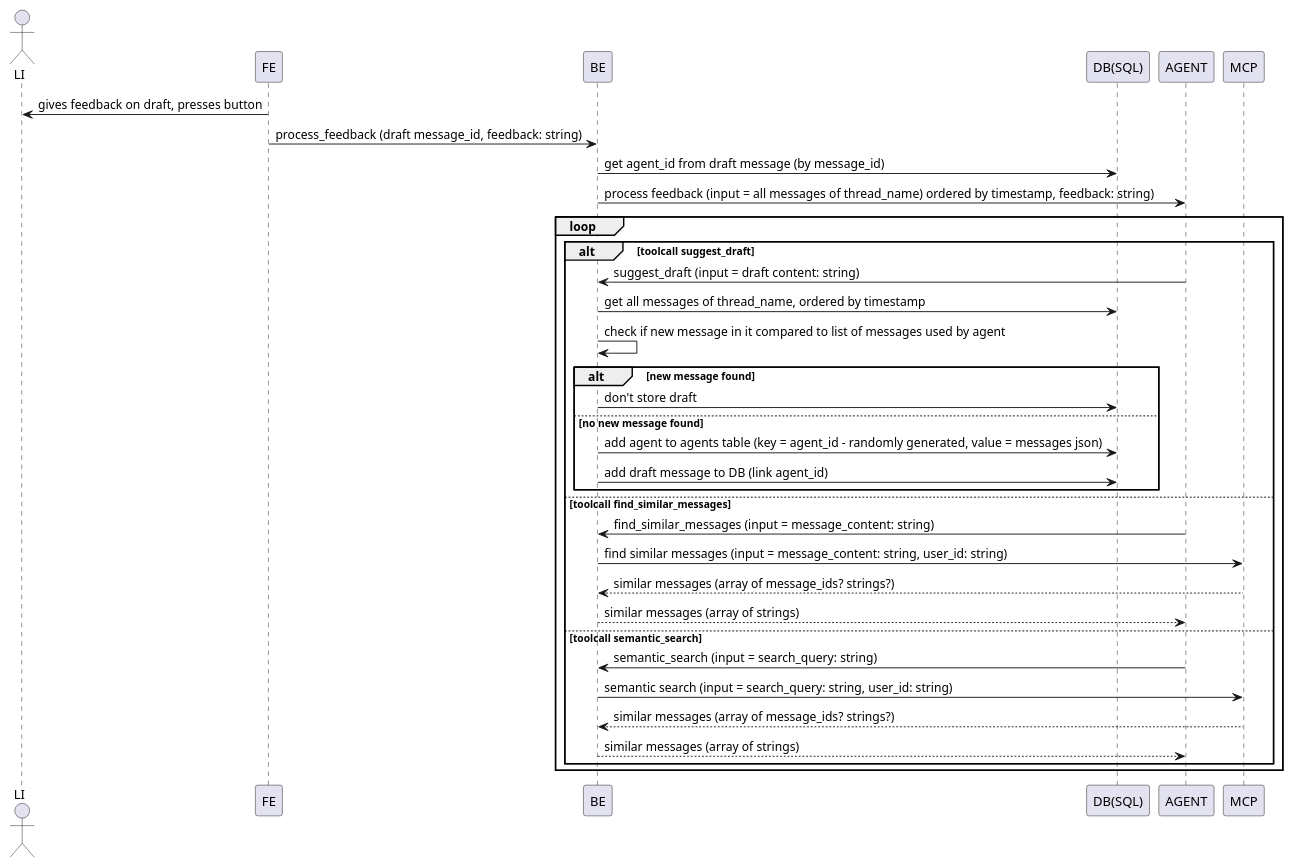
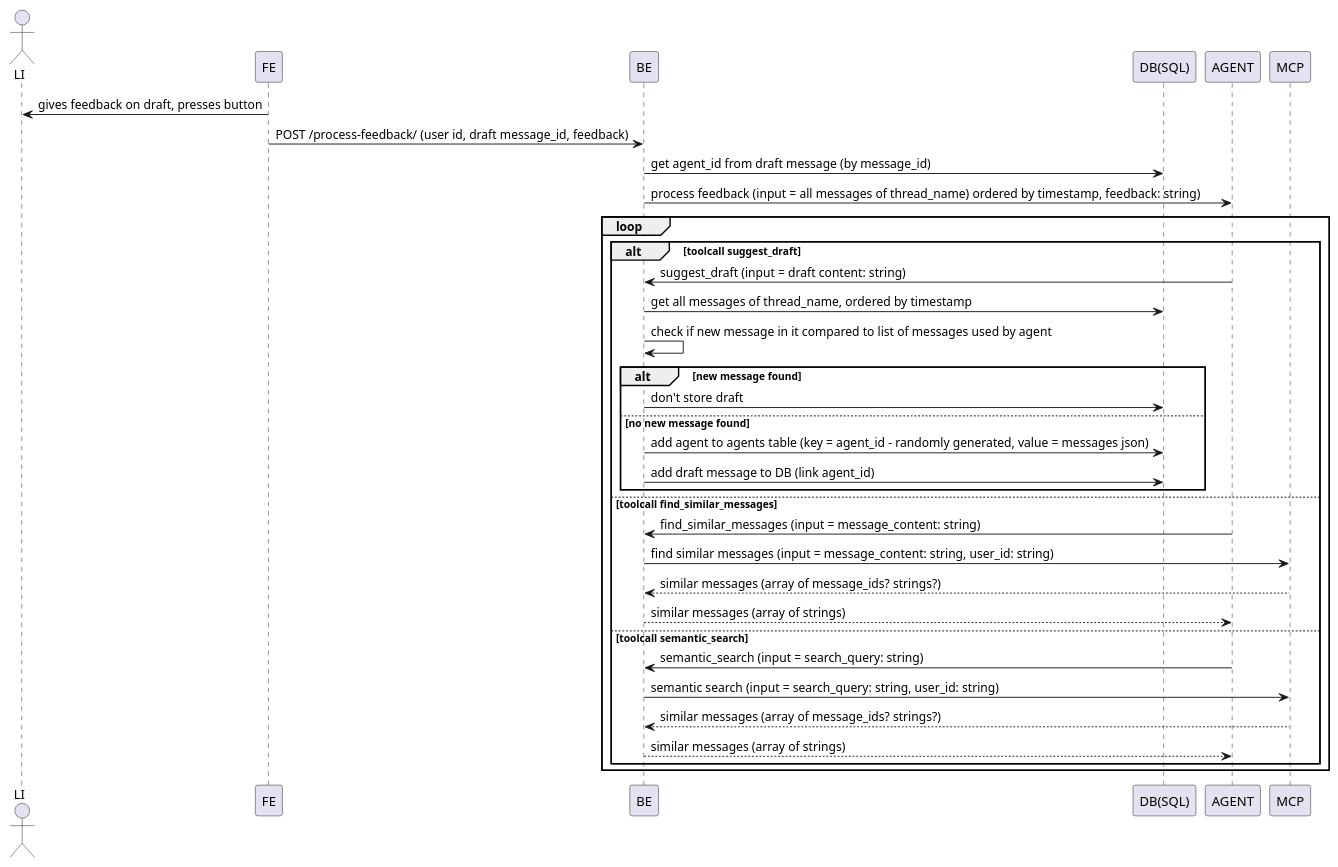
Before and after one commit to Itempass/mcphackathon-linkedin-intern: the diagram in UML_diagrams/user_feedback_sequence_diagram.puml, drawn with PlantUML. The commit also changed 4 other files, not shown here.

First line of the commit message:
updated diagrams with actual endpoint names

```diff
--- a/UML_diagrams/user_feedback_sequence_diagram.puml
+++ b/UML_diagrams/user_feedback_sequence_diagram.puml
@@ -1,36 +1,36 @@
 @startuml
 actor LI
 participant FE
 participant BE
 participant DB as "DB(SQL)"
 participant AGENT
 participant MCP
 
 LI <- FE: gives feedback on draft, presses button
-FE -> BE: process_feedback (draft message_id, feedback: string)
+FE -> BE: POST /process-feedback/ (user id, draft message_id, feedback)
 BE -> DB: get agent_id from draft message (by message_id)
 BE -> AGENT: process feedback (input = all messages of thread_name) ordered by timestamp, feedback: string)
 loop 
     alt toolcall suggest_draft
         AGENT -> BE: suggest_draft (input = draft content: string)
         BE -> DB: get all messages of thread_name, ordered by timestamp
         BE -> BE: check if new message in it compared to list of messages used by agent
         alt new message found
             BE -> DB: don't store draft
         else no new message found
             BE -> DB: add agent to agents table (key = agent_id - randomly generated, value = messages json)
             BE -> DB: add draft message to DB (link agent_id)
         end
     else toolcall find_similar_messages
         AGENT -> BE: find_similar_messages (input = message_content: string)
         BE -> MCP: find similar messages (input = message_content: string, user_id: string)
         MCP --> BE: similar messages (array of message_ids? strings?)
         BE --> AGENT: similar messages (array of strings)
     else toolcall semantic_search
         AGENT -> BE: semantic_search (input = search_query: string)
         BE -> MCP: semantic search (input = search_query: string, user_id: string)
         MCP --> BE: similar messages (array of message_ids? strings?)
         BE --> AGENT: similar messages (array of strings)
     end
 end
 @enduml
```
